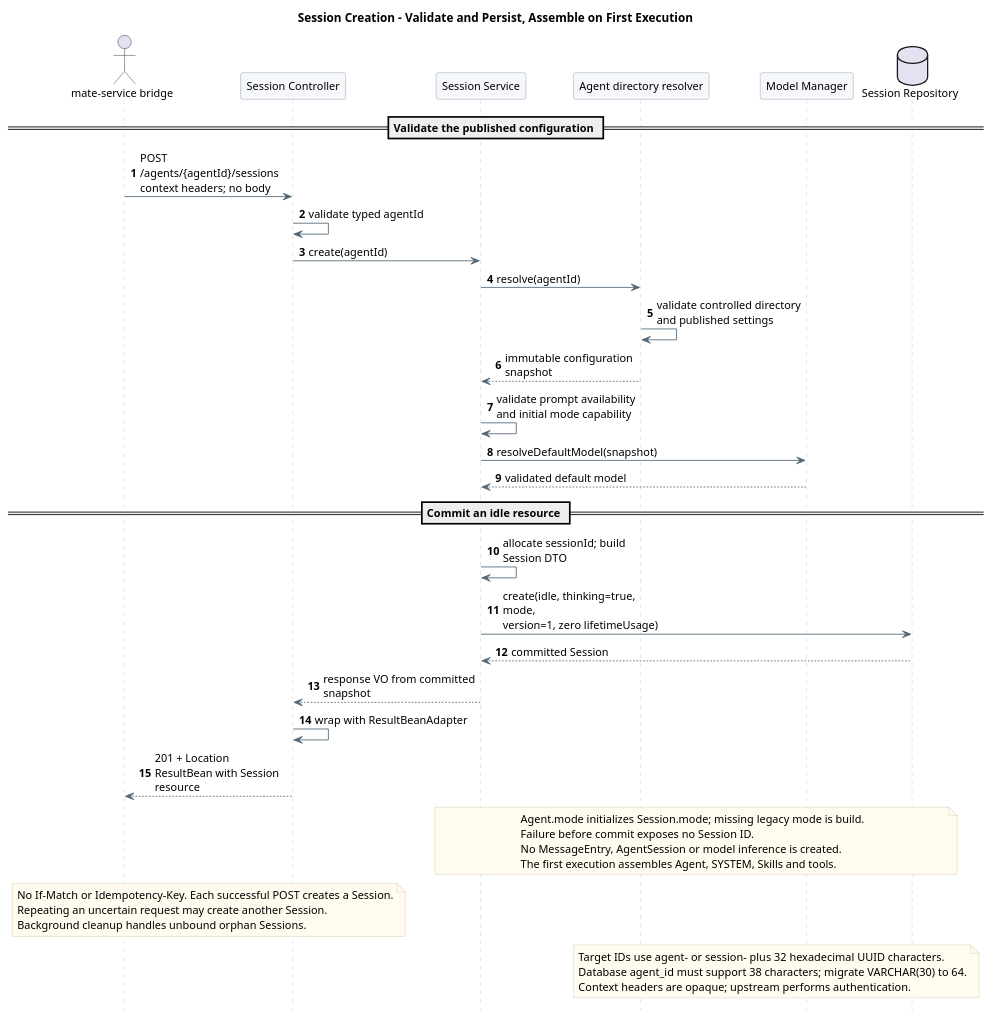
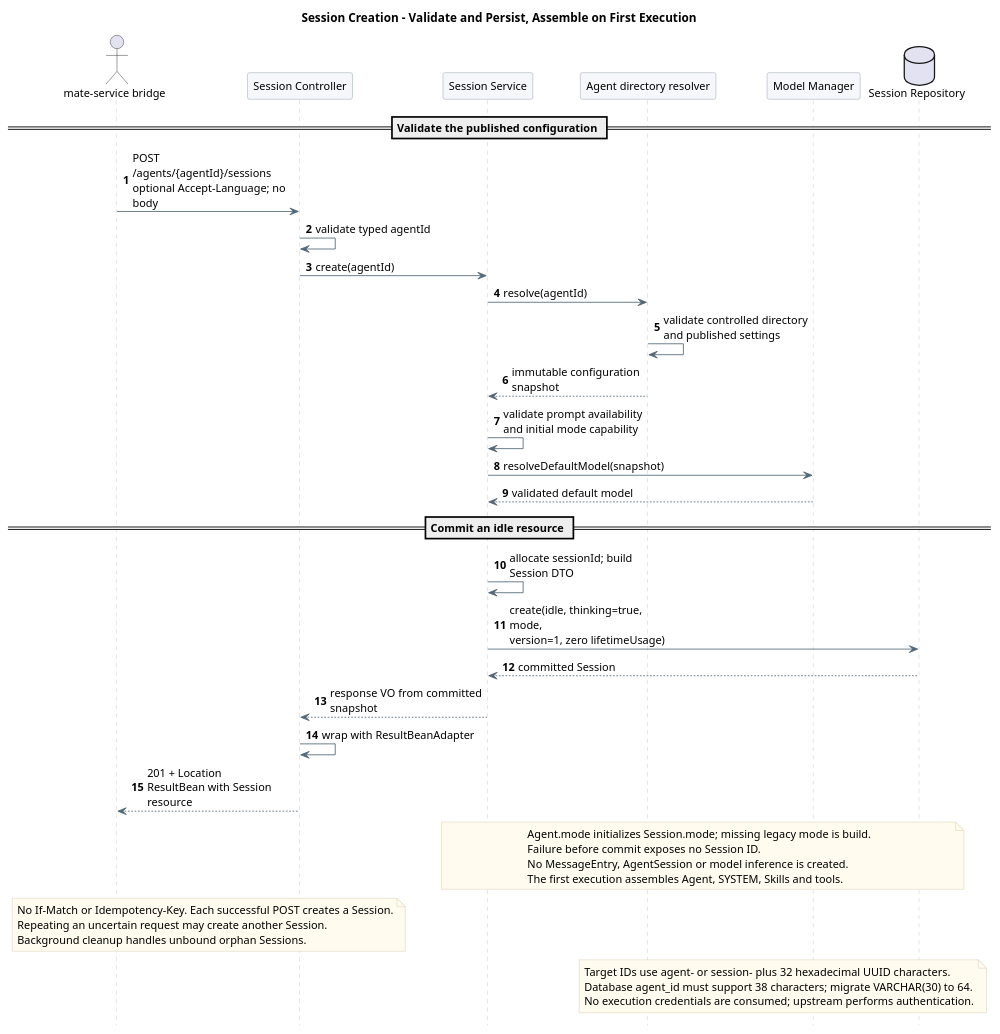
Before and after one commit to ssm0808/pi-mono-java-design: the first of 3 diagrams in 01-总体架构/01-CampusClaw多Agent运行时/设计图/会话生命周期/diagram.puml, drawn with PlantUML. The commit also changed other lines of this file and 11 other files, not shown here.

```diff
--- a/01-总体架构/01-CampusClaw多Agent运行时/设计图/会话生命周期/diagram.puml
+++ b/01-总体架构/01-CampusClaw多Agent运行时/设计图/会话生命周期/diagram.puml
@@ -1,89 +1,89 @@
 @startuml http_session_creation
 skinparam backgroundColor white
 skinparam defaultFontName SansSerif
 skinparam defaultFontSize 13
 skinparam shadowing false
 skinparam sequenceMessageAlign left
 skinparam maxMessageSize 190
 skinparam sequenceArrowColor #526777
 skinparam sequenceLifeLineBorderColor #BAC4CC
 skinparam sequenceParticipantBackgroundColor #F5F7FA
 skinparam sequenceParticipantBorderColor #8496A4
 skinparam sequenceGroupBackgroundColor #F5F7FA
 skinparam sequenceGroupBorderColor #BAC4CC
 skinparam noteBackgroundColor #FFFBEF
 skinparam noteBorderColor #D2C6A5
 hide footbox
 autonumber
 ' Source: pi-mono-java 09b32d8ea4a4b43b34be302d8b2745bdc417c9a2, modules/coding-agent-cli/src/main/java/com/campusclaw/codingagent/runtimeapi/session/RuntimeSessionService.java :: create/newSession; modules/coding-agent-cli/src/main/java/com/campusclaw/codingagent/runtime/AgentRuntimeManager.java :: prepare/refresh.
 ' Pending implementation: Agent mode is published through settings and copied on creation, never on recovery.
 ' Current scoped evidence: pi-mono-java f61906b9136246ca60f333704b6fc92b5420d0ec.
 ' campusclaw/src/main/java/com/huawei/hicampus/claw/codingagent/runtimeapi/session/RuntimeSessionService.java :: create, newSession.
 ' campusclaw/src/main/java/com/huawei/hicampus/claw/codingagent/runtimeapi/web/RuntimeSessionController.java :: create.
 ' Observed behavior at f61906b9: configuration and prompt availability are validated; idle thinking=true is persisted without AgentSession assembly.
 ' Pending implementation differences retained: copied Agent.mode and required plan capability follow the Plan Mode design.
 title Session Creation - Validate and Persist, Assemble on First Execution
 
 ' Source evidence (pi-mono-java PR 167 f60cc3e78bb8b700527ac082c7c8e10524ede095):
 ' modules/coding-agent-cli/src/main/java/com/campusclaw/codingagent/runtimeapi/session/RuntimeSessionService.java, create.
 ' modules/coding-agent-cli/src/main/java/com/campusclaw/codingagent/runtimeapi/agent/FileAgentDirectoryResolver.java, resolve.
 ' modules/coding-agent-cli/src/main/java/com/campusclaw/codingagent/runtimeapi/web/RuntimeSessionController.java, create.
 ' Source evidence (pi-mono-java 304eda06ff603fc9b6bbcaad0c296cc151a7defb):
 ' modules/coding-agent-cli/src/main/java/com/campusclaw/codingagent/runtimeapi/web/RuntimeSessionController.java, create.
 ' modules/coding-agent-cli/src/main/java/com/campusclaw/codingagent/runtimeapi/vo/CreateSessionResponseVO.java.
 ' Historical behavior at the recorded baseline: Java wire path and response still use agent_id and session_id.
 ' Observed behavior: settings chooses a default model candidate and the model manager validates it.
 ' Historical behavior at the recorded baseline: Java accepts agent_ plus 24 alphanumeric characters and persists thinking false.
 ' Observed behavior: RandomSessionIdGenerator.nextId returns 26 Crockford Base32 characters with no prefix.
 ' Architecture change: target Agent and Session IDs use a type prefix plus 32 hex UUID characters.
 ' Architecture change: target HTTP path and payload fields use lowerCamelCase while header names stay unchanged.
 ' Product constraint: successful target creation persists thinking true.
-' Product constraint: all Runtime operations carry integration-context headers without local validation.
+' Header evidence: pi-mono-java 53eff85c7f41de23eb434e027782f5085a8b8e45, modules/coding-agent-cli/src/main/java/com/campusclaw/codingagent/runtimeapi/web/RuntimeSessionController.java :: create; only request language is used.
 ' Observed behavior: creation persists an idle Session and does not initialize AgentSession or invoke a model.
 ' Architecture change: the materialized Session starts with zero lifetime Usage.
 ' Design reason: defer expensive runtime initialization until the first accepted user event.
 
 
 actor "mate-service bridge" as Mate
 participant "Session Controller" as API
 participant "Session Service" as Service
 participant "Agent directory resolver" as Resolver
 participant "Model Manager" as Models
 database "Session Repository" as Store
 
 == Validate the published configuration ==
-Mate -> API : POST /agents/{agentId}/sessions\ncontext headers; no body
+Mate -> API : POST /agents/{agentId}/sessions\noptional Accept-Language; no body
 API -> API : validate typed agentId
 API -> Service : create(agentId)
 Service -> Resolver : resolve(agentId)
 Resolver -> Resolver : validate controlled directory\nand published settings
 Resolver --> Service : immutable configuration snapshot
 Service -> Service : validate prompt availability\nand initial mode capability
 Service -> Models : resolveDefaultModel(snapshot)
 Models --> Service : validated default model
 
 == Commit an idle resource ==
 Service -> Service : allocate sessionId; build Session DTO
 Service -> Store : create(idle, thinking=true, mode,\nversion=1, zero lifetimeUsage)
 Store --> Service : committed Session
 Service --> API : response VO from committed snapshot
 API -> API : wrap with ResultBeanAdapter
 API --> Mate : 201 + Location\nResultBean with Session resource
 
 note over Service,Store
   Agent.mode initializes Session.mode; missing legacy mode is build.
   Failure before commit exposes no Session ID.
   No MessageEntry, AgentSession or model inference is created.
   The first execution assembles Agent, SYSTEM, Skills and tools.
 end note
 note over Mate,API
   No If-Match or Idempotency-Key. Each successful POST creates a Session.
   Repeating an uncertain request may create another Session.
   Background cleanup handles unbound orphan Sessions.
 end note
 note over Resolver,Store
   Target IDs use agent- or session- plus 32 hexadecimal UUID characters.
   Database agent_id must support 38 characters; migrate VARCHAR(30) to 64.
-  Context headers are opaque; upstream performs authentication.
+  No execution credentials are consumed; upstream performs authentication.
 end note
 @enduml
```
